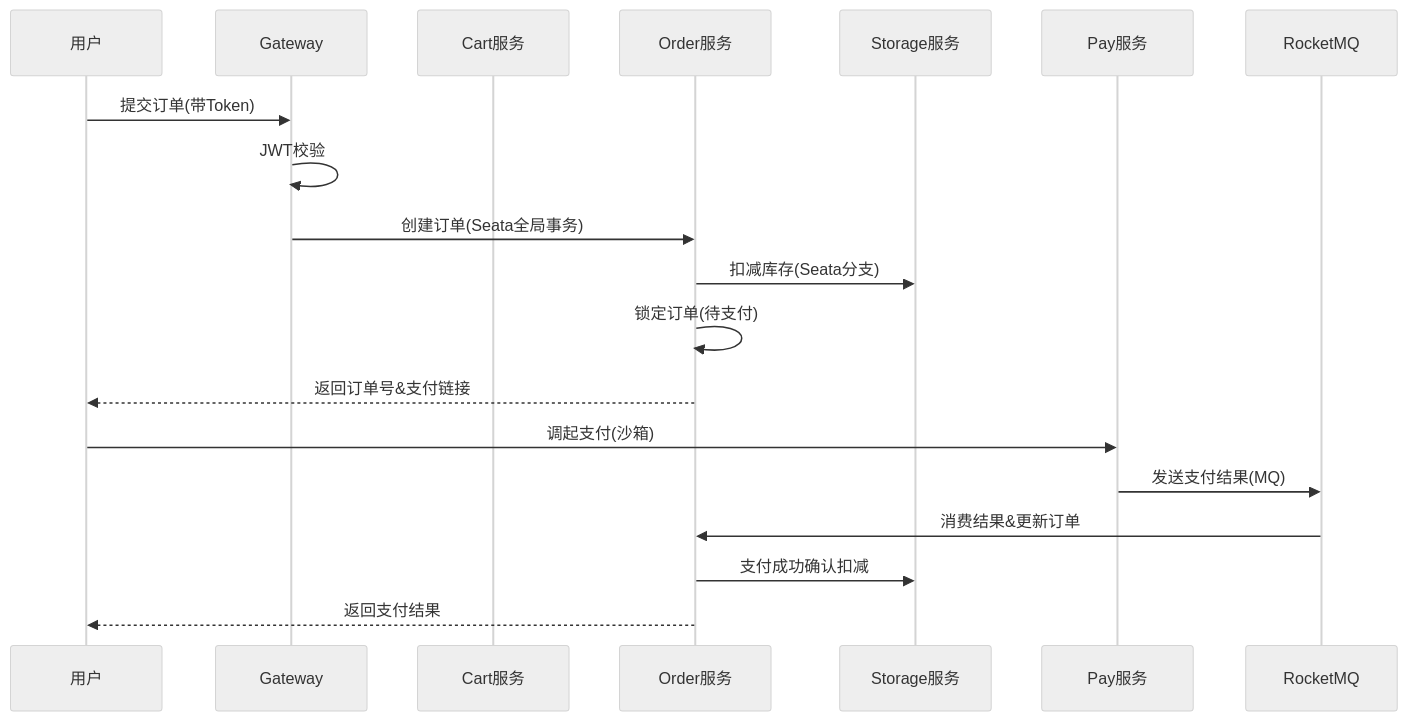
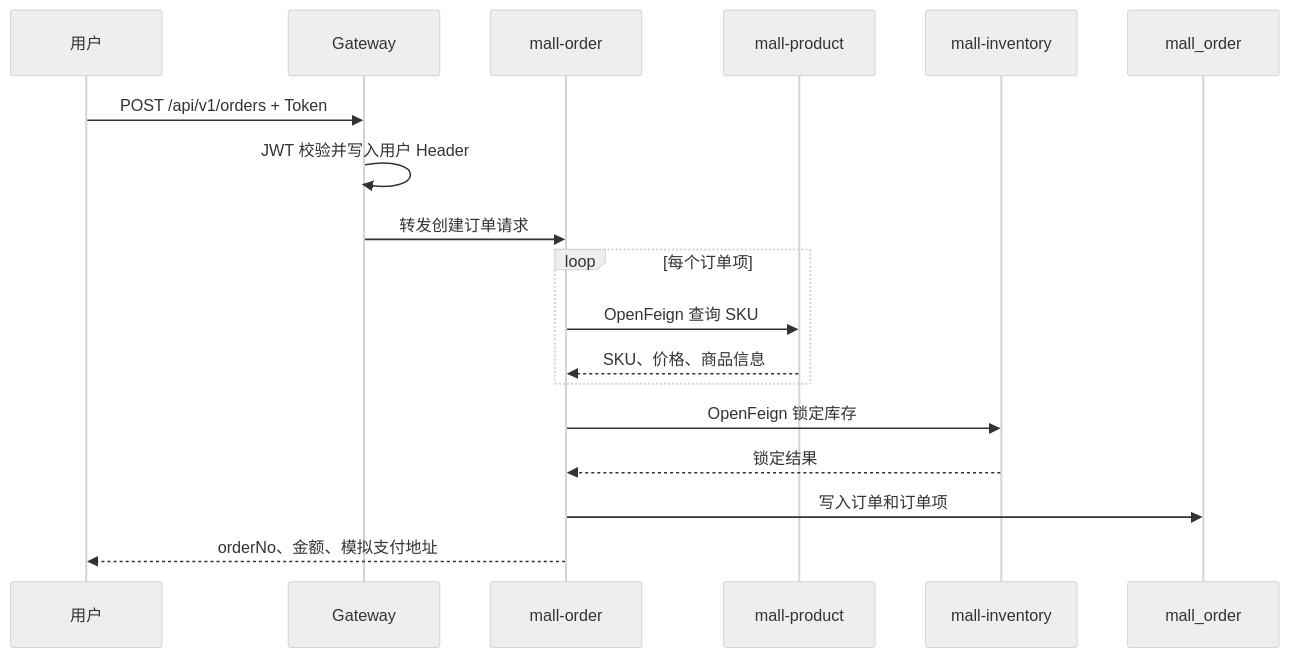
One commit to zyyyyynnn/Microservices-Final-Project changed the second of 5 diagrams in docs/PRD.md. Above: the diagram before and after it, drawn with Mermaid (neutral theme). The commit also changed other lines of this file, not shown here.

Commit message:
docs: rewrite product requirements

````diff
--- a/docs/PRD.md
+++ b/docs/PRD.md
@@ -134,21 +154,21 @@
 ```mermaid
 sequenceDiagram
   participant U as 用户
-  participant GW as Gateway
-  participant C as Cart服务
-  participant O as Order服务
-  participant S as Storage服务
-  participant P as Pay服务
-  participant M as RocketMQ
-  U->>GW: 提交订单(带Token)
-  GW->>GW: JWT校验
-  GW->>O: 创建订单(Seata全局事务)
-  O->>S: 扣减库存(Seata分支)
-  O->>O: 锁定订单(待支付)
-  O-->>U: 返回订单号&支付链接
-  U->>P: 调起支付(沙箱)
-  P->>M: 发送支付结果(MQ)
-  M->>O: 消费结果&更新订单
-  O->>S: 支付成功确认扣减
-  O-->>U: 返回支付结果
+  participant G as Gateway
+  participant O as mall-order
+  participant P as mall-product
+  participant I as mall-inventory
+  participant DB as mall_order
+
+  U->>G: POST /api/v1/orders + Token
+  G->>G: JWT 校验并写入用户 Header
+  G->>O: 转发创建订单请求
+  loop 每个订单项
+    O->>P: OpenFeign 查询 SKU
+    P-->>O: SKU、价格、商品信息
+  end
+  O->>I: OpenFeign 锁定库存
+  I-->>O: 锁定结果
+  O->>DB: 写入订单和订单项
+  O-->>U: orderNo、金额、模拟支付地址
 ```
````
